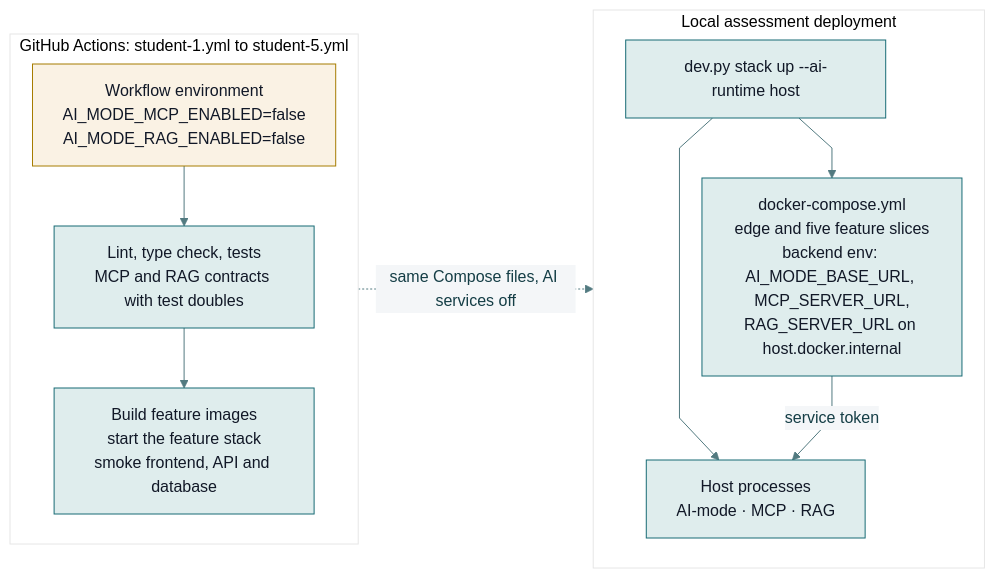
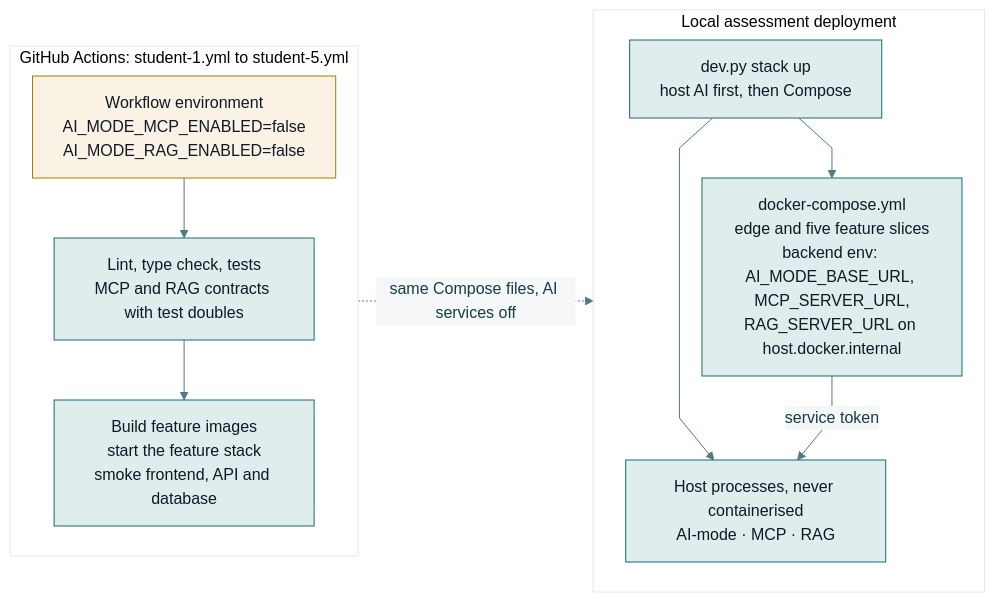
Before and after one commit to MattShelton04/41026ASDProject: the diagram in docs/reports/diagrams/release-1/ci-and-deployment.mmd, drawn with Mermaid. The commit also changed 6 other files, not shown here.

```diff
--- a/docs/reports/diagrams/release-1/ci-and-deployment.mmd
+++ b/docs/reports/diagrams/release-1/ci-and-deployment.mmd
@@ -1,24 +1,24 @@
 %%{init: {"theme":"base","themeVariables":{"fontFamily":"Arial","fontSize":"16px","primaryColor":"#eff6f6","primaryBorderColor":"#6b969b","primaryTextColor":"#153e46","lineColor":"#527a80","secondaryColor":"#f4f6f8","tertiaryColor":"#ffffff"},"flowchart":{"curve":"linear","nodeSpacing":25,"rankSpacing":35}}}%%
 flowchart LR
     subgraph ci["GitHub Actions: student-1.yml to student-5.yml"]
         direction TB
         env["Workflow environment<br/>AI_MODE_MCP_ENABLED=false<br/>AI_MODE_RAG_ENABLED=false"]
         checks["Lint, type check, tests<br/>MCP and RAG contracts with test doubles"]
         build["Build feature images<br/>start the feature stack<br/>smoke frontend, API and database"]
         env --> checks --> build
     end
     subgraph local["Local assessment deployment"]
         direction TB
-        up["dev.py stack up --ai-runtime host"]
+        up["dev.py stack up<br/>host AI first, then Compose"]
         dc["docker-compose.yml<br/>edge and five feature slices<br/>backend env: AI_MODE_BASE_URL, MCP_SERVER_URL,<br/>RAG_SERVER_URL on host.docker.internal"]
-        hostsvc["Host processes<br/>AI-mode · MCP · RAG"]
+        hostsvc["Host processes, never containerised<br/>AI-mode · MCP · RAG"]
         up --> dc
         up --> hostsvc
         dc -->|service token| hostsvc
     end
     ci -.->|same Compose files, AI services off| local
 
     classDef shared fill:#dfeded,stroke:#176b75,color:#111827;
     classDef note fill:#faf2e4,stroke:#a67c00,color:#111827;
     class checks,build,up,dc,hostsvc shared;
     class env note;
```
